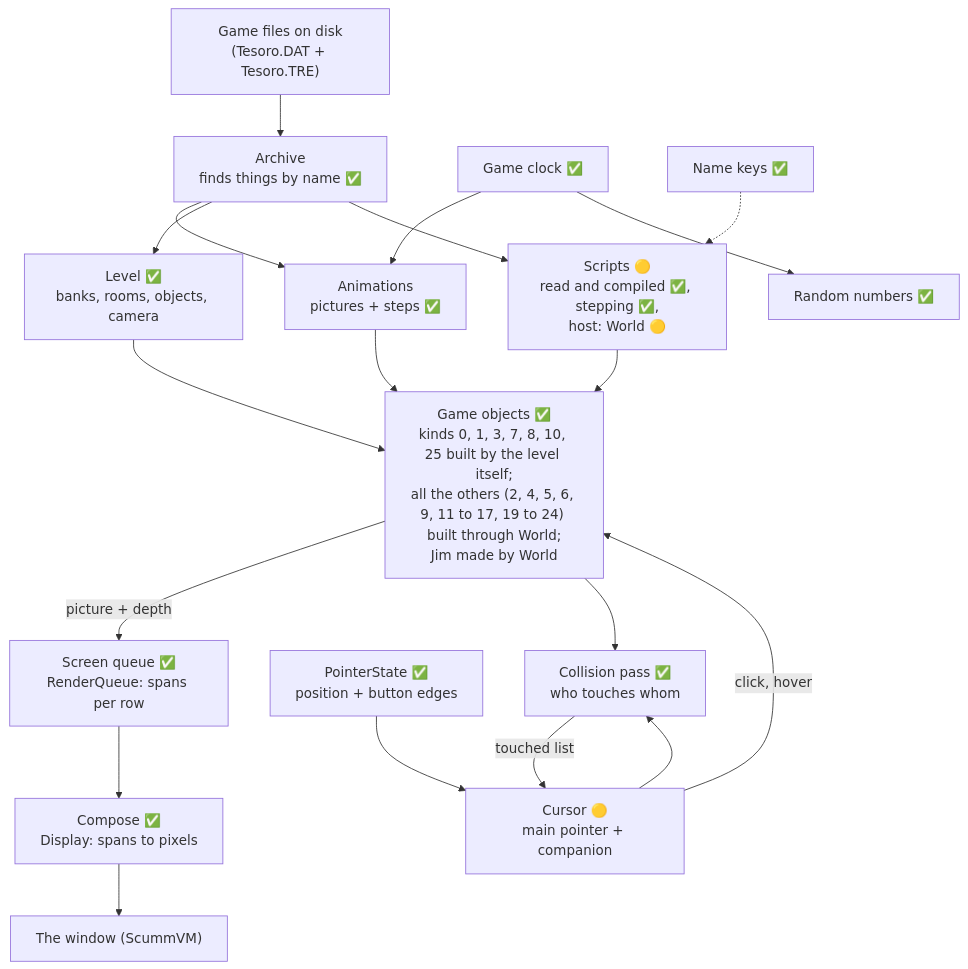
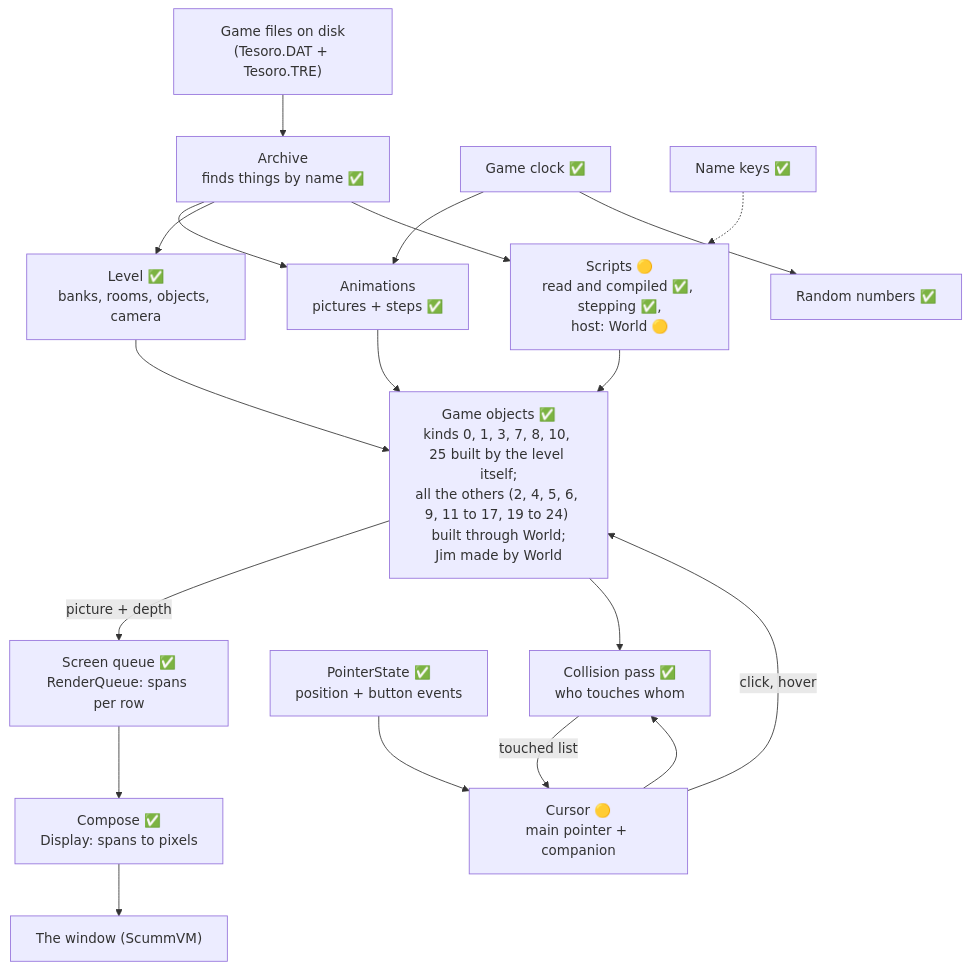
The first of 8 diagrams in re/SUBSYSTEMS.md (kelmer44/tesoro-stuff), drawn with Mermaid before and after one commit. The commit also changed other lines of this file and 1 other file, not shown here.

````diff
--- a/re/SUBSYSTEMS.md
+++ b/re/SUBSYSTEMS.md
@@ -54,21 +54,21 @@
 ```mermaid
 flowchart TD
     Disk["Game files on disk<br/>(Tesoro.DAT + Tesoro.TRE)"] --> Archive["Archive<br/>finds things by name ✅"]
     Archive --> Anim["Animations<br/>pictures + steps ✅"]
     Archive --> Level["Level ✅<br/>banks, rooms, objects, camera"]
     Clock["Game clock ✅"] --> Anim
     Anim --> Objects["Game objects ✅<br/>kinds 0, 1, 3, 7, 8, 10, 25 built by the level itself;<br/>all the others (2, 4, 5, 6, 9, 11 to 17, 19 to 24) built through World;<br/>Jim made by World"]
     Level --> Objects
     Objects -->|"picture + depth"| Queue["Screen queue ✅<br/>RenderQueue: spans per row"]
     Queue --> Compose["Compose ✅<br/>Display: spans to pixels"]
     Compose --> Window["The window (ScummVM)"]
-    Mouse["PointerState ✅<br/>position + button edges"] --> Cursor["Cursor 🟡<br/>main pointer + companion"]
+    Mouse["PointerState ✅<br/>position + button events"] --> Cursor["Cursor 🟡<br/>main pointer + companion"]
     Cursor --> Collide["Collision pass ✅<br/>who touches whom"]
     Objects --> Collide
     Collide -->|"touched list"| Cursor
     Cursor -->|"click, hover"| Objects
     Clock --> Random["Random numbers ✅"]
     Names["Name keys ✅"] -.-> Scripts["Scripts 🟡<br/>read and compiled ✅, stepping ✅,<br/>host: World 🟡"]
     Archive --> Scripts
     Scripts --> Objects
 ```
````
